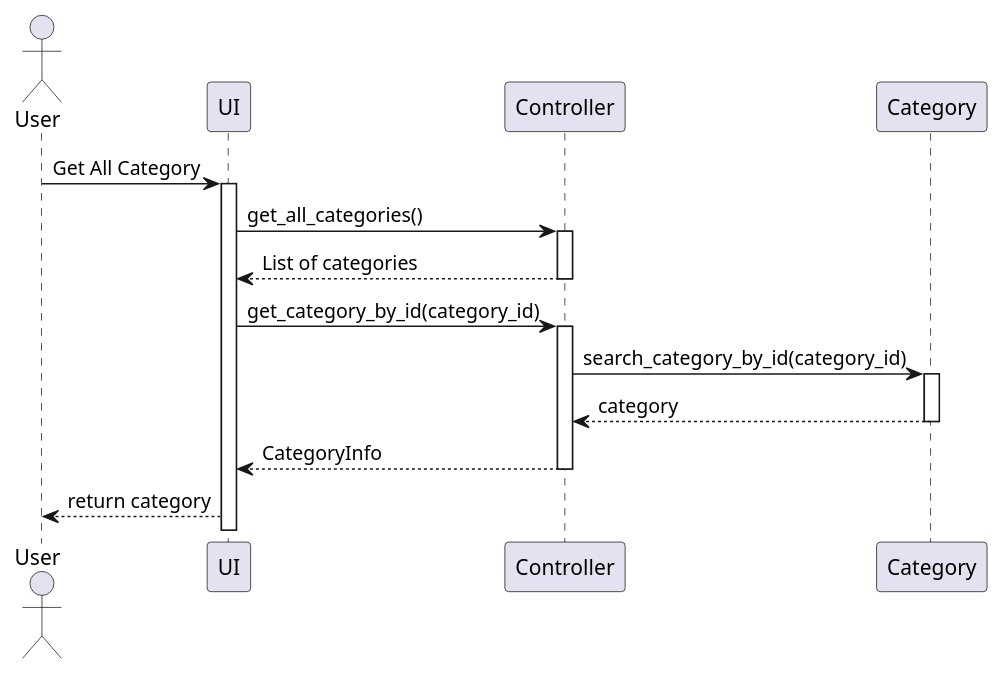
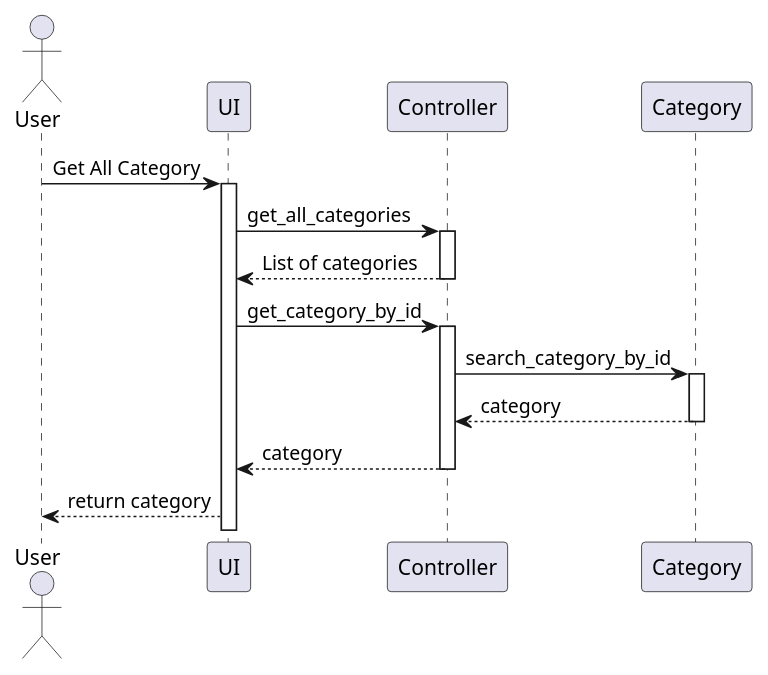
Before and after one commit to KMITLSuicide/KMITL-ObjectOrientedProgramming-Project: the diagram in diagrams/plantuml/category.puml, drawn with PlantUML. The commit also changed 16 other files, not shown here.

```diff
--- a/diagrams/plantuml/category.puml
+++ b/diagrams/plantuml/category.puml
@@ -1,30 +1,30 @@
 @startuml Category
 actor User
 
 participant "UI" as Server
 participant Controller
 participant Category
 
 User -> Server: Get All Category
 activate Server
 
-Server -> Controller: get_all_categories()
+Server -> Controller: get_all_categories
 activate Controller
 Controller --> Server: List of categories
 deactivate Controller
 
 ' Server --> User: return category 
 
 ' User -> Server: Get All Category
-Server -> Controller: get_category_by_id(category_id)
+Server -> Controller: get_category_by_id
 activate Controller
-Controller -> Category: search_category_by_id(category_id)
+Controller -> Category: search_category_by_id
 activate Category
 Category --> Controller: category
 deactivate Category
-Controller --> Server: CategoryInfo
+Controller --> Server: category
 deactivate Controller
 
 Server --> User: return category 
 
 @enduml
```
